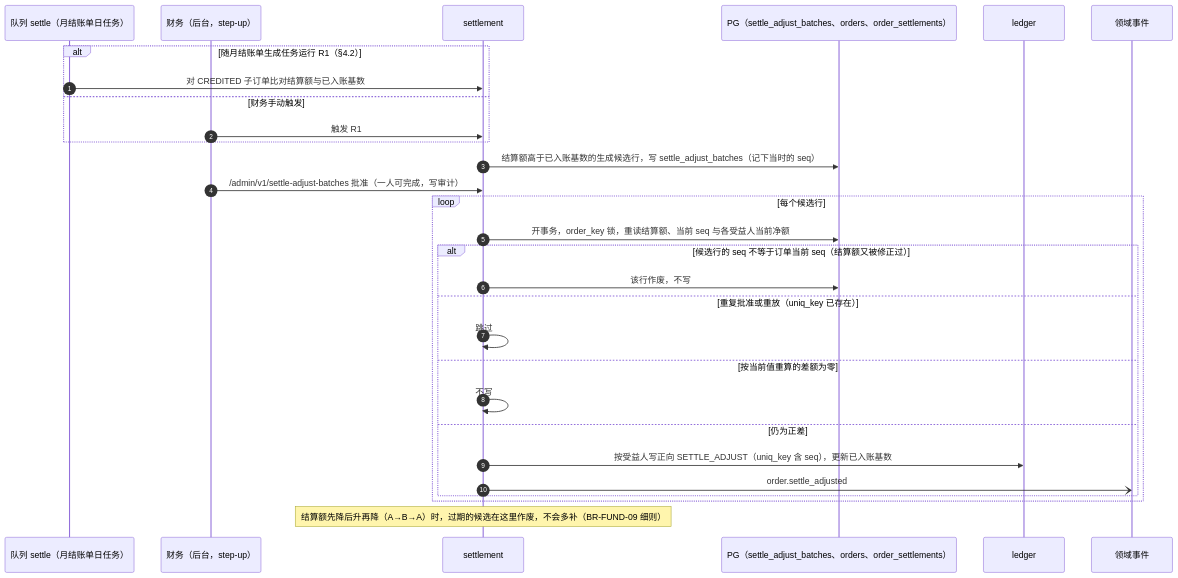
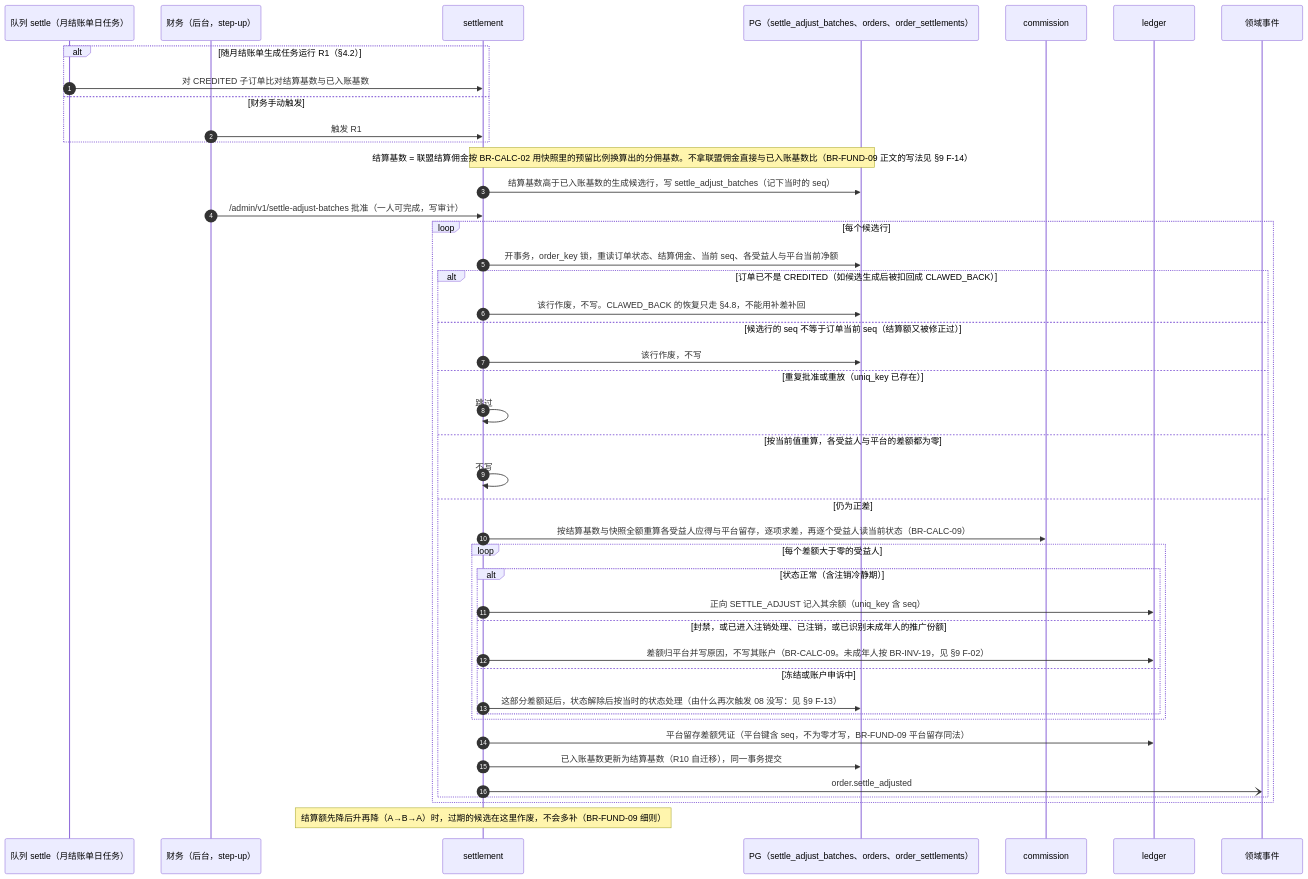
Diagram 21 of 41 in 规划/12_关键流程与状态图.md (zora4523-bot/couli), drawn with Mermaid before and after one commit. The commit also changed other lines of this file, not shown here.

Commit message:
docs(12): section 4.7, positive-diff approval re-checks the order state and the beneficiaries (Codex round 2 B03, B04, B05, B06)
- Each candidate row is re-read under the order lock; a row whose order is
  no longer CREDITED is voided (a CLAWED_BACK order is restored only via
  R13).
- Beneficiary state decides where a positive diff goes: normal -> user;
  banned, deletion in processing or done, recognised minor's promotion
  share -> platform; frozen or appealing -> deferred (BR-CALC-09).
- The platform-retention diff is posted in the same transaction and the
  booked base is updated with it (BR-FUND-09, BR-FUND-19 (5)).
- The comparison uses the settlement base converted per BR-CALC-02, not
  the raw union commission.

Section 9: F-02 rewritten (BR-CALC-09 already defines the beneficiary
rules; only cross-references are missing), F-13 extended, F-14 added (N vs
B wording in BR-FUND-09 / R10).

````diff
--- a/规划/12_关键流程与状态图.md
+++ b/规划/12_关键流程与状态图.md
@@ -1459,32 +1459,47 @@
 ```mermaid
 sequenceDiagram
   autonumber
   participant J as 队列 settle（月结账单日任务）
   participant F as 财务（后台，step-up）
   participant T as settlement
   participant DB as PG（settle_adjust_batches、orders、order_settlements）
+  participant M as commission
   participant L as ledger
   participant EV as 领域事件
 
   alt 随月结账单生成任务运行 R1（§4.2）
-    J->>T: 对 CREDITED 子订单比对结算额与已入账基数
+    J->>T: 对 CREDITED 子订单比对结算基数与已入账基数
   else 财务手动触发
     F->>T: 触发 R1
   end
-  T->>DB: 结算额高于已入账基数的生成候选行，写 settle_adjust_batches（记下当时的 seq）
+  Note over T,DB: 结算基数 = 联盟结算佣金按 BR-CALC-02 用快照里的预留比例换算出的分佣基数。不拿联盟佣金直接与已入账基数比（BR-FUND-09 正文的写法见 §9 F-14）
+  T->>DB: 结算基数高于已入账基数的生成候选行，写 settle_adjust_batches（记下当时的 seq）
   F->>T: /admin/v1/settle-adjust-batches 批准（一人可完成，写审计）
   loop 每个候选行
-    T->>DB: 开事务，order_key 锁，重读结算额、当前 seq 与各受益人当前净额
-    alt 候选行的 seq 不等于订单当前 seq（结算额又被修正过）
+    T->>DB: 开事务，order_key 锁，重读订单状态、结算佣金、当前 seq、各受益人与平台当前净额
+    alt 订单已不是 CREDITED（如候选生成后被扣回成 CLAWED_BACK）
+      T->>DB: 该行作废，不写。CLAWED_BACK 的恢复只走 §4.8，不能用补差补回
+    else 候选行的 seq 不等于订单当前 seq（结算额又被修正过）
       T->>DB: 该行作废，不写
     else 重复批准或重放（uniq_key 已存在）
       T->>T: 跳过
-    else 按当前值重算的差额为零
+    else 按当前值重算，各受益人与平台的差额都为零
       T->>T: 不写
     else 仍为正差
-      T->>L: 按受益人写正向 SETTLE_ADJUST（uniq_key 含 seq），更新已入账基数
+      T->>M: 按结算基数与快照全额重算各受益人应得与平台留存，逐项求差，再逐个受益人读当前状态（BR-CALC-09）
+      loop 每个差额大于零的受益人
+        alt 状态正常（含注销冷静期）
+          T->>L: 正向 SETTLE_ADJUST 记入其余额（uniq_key 含 seq）
+        else 封禁，或已进入注销处理、已注销，或已识别未成年人的推广份额
+          T->>L: 差额归平台并写原因，不写其账户（BR-CALC-09。未成年人按 BR-INV-19，见 §9 F-02）
+        else 冻结或账户申诉中
+          T->>DB: 这部分差额延后，状态解除后按当时的状态处理（由什么再次触发 08 没写：见 §9 F-13）
+        end
+      end
+      T->>L: 平台留存差额凭证（平台键含 seq，不为零才写，BR-FUND-09 平台留存同法）
+      T->>DB: 已入账基数更新为结算基数（R10 自迁移），同一事务提交
       T-)EV: order.settle_adjusted
     end
   end
   Note over T: 结算额先降后升再降（A→B→A）时，过期的候选在这里作废，不会多补（BR-FUND-09 细则）
 ```
````
